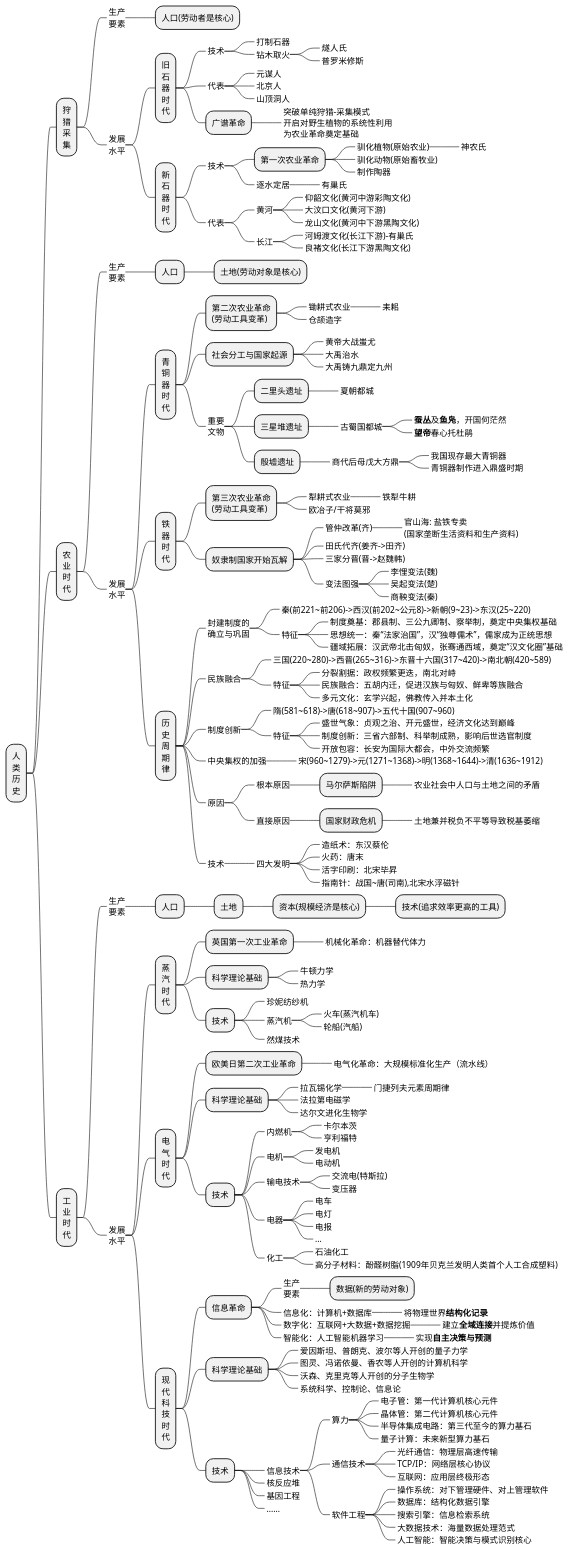
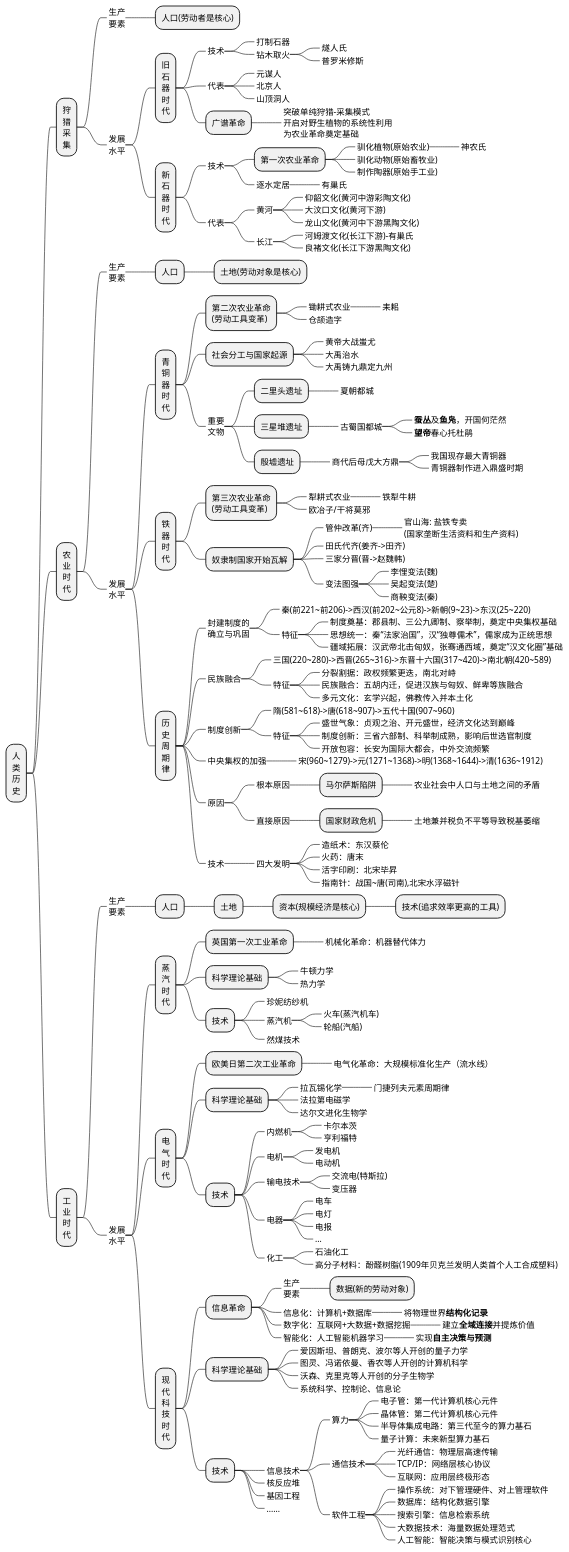
One commit to holmofy/blog.hufeifei.cn changed the first of 4 diagrams in source/_posts/economic/economic_and_history.md. Above: the diagram before and after it, drawn with PlantUML.

```diff
--- a/source/_posts/economic/economic_and_history.md
+++ b/source/_posts/economic/economic_and_history.md
@@ -42,7 +42,7 @@
 +++++++_ 驯化植物(原始农业)
 ++++++++_ 神农氏
 +++++++_ 驯化动物(原始畜牧业)
-+++++++_ 制作陶器
++++++++_ 制作陶器(原始手工业)
 ++++++_ 逐水定居
 +++++++_ 有巢氏
 +++++_ 代表
```
